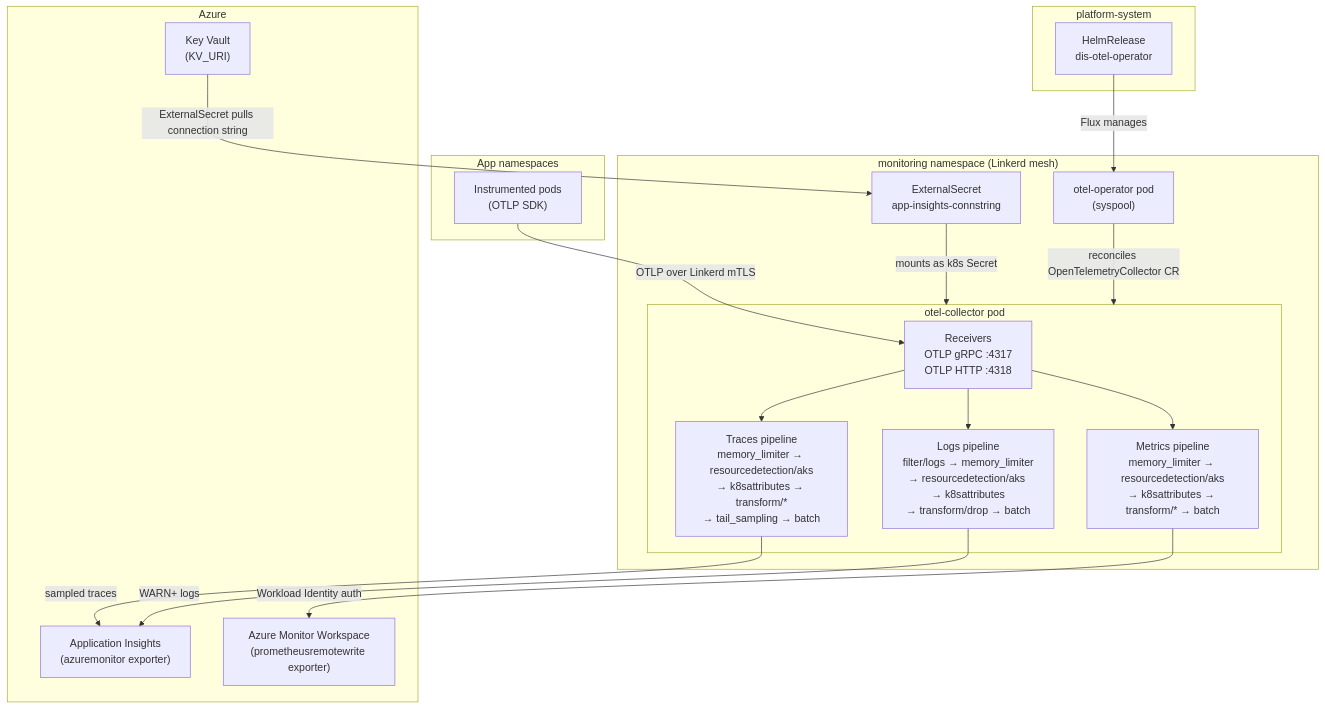
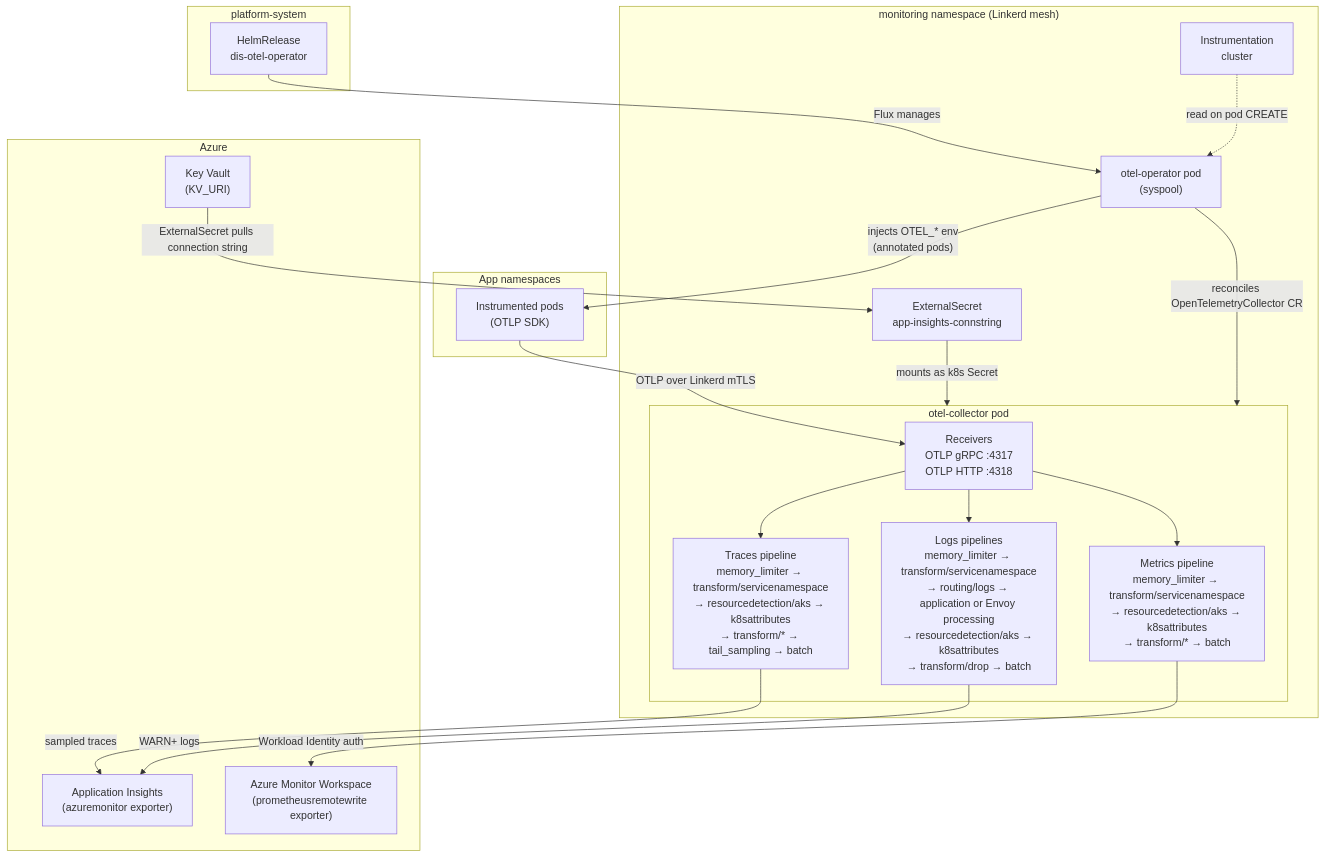
Before and after one commit to dis-way/gitops-manifests: the first of 2 diagrams in oci/otel-collector/README.md, drawn with Mermaid. The commit also changed other lines of this file and 10 other files, not shown here.

Commit message:
feat!: OTel SDK auto-instrumentation via operator annotations (#1664)

````diff
--- a/oci/otel-collector/README.md
+++ b/oci/otel-collector/README.md
@@ -7,37 +7,40 @@
 ```mermaid
 flowchart TB
     subgraph ps["platform-system"]
         hr["HelmRelease\ndis-otel-operator"]
     end
 
     subgraph mon["monitoring namespace (Linkerd mesh)"]
         op["otel-operator pod\n(syspool)"]
+        inst["Instrumentation\ncluster"]
         es["ExternalSecret\napp-insights-connstring"]
         subgraph col["otel-collector pod"]
             recv["Receivers\nOTLP gRPC :4317\nOTLP HTTP :4318"]
-            proc_t["Traces pipeline\nmemory_limiter → resourcedetection/aks\n→ k8sattributes → transform/*\n→ tail_sampling → batch"]
-            proc_l["Logs pipeline\nfilter/logs → memory_limiter\n→ resourcedetection/aks → k8sattributes\n→ transform/drop → batch"]
-            proc_m["Metrics pipeline\nmemory_limiter → resourcedetection/aks\n→ k8sattributes → transform/* → batch"]
+            proc_t["Traces pipeline\nmemory_limiter → transform/servicenamespace\n→ resourcedetection/aks → k8sattributes\n→ transform/* → tail_sampling → batch"]
+            proc_l["Logs pipelines\nmemory_limiter → transform/servicenamespace\n→ routing/logs → application or Envoy processing\n→ resourcedetection/aks → k8sattributes\n→ transform/drop → batch"]
+            proc_m["Metrics pipeline\nmemory_limiter → transform/servicenamespace\n→ resourcedetection/aks → k8sattributes\n→ transform/* → batch"]
         end
     end
 
     subgraph apps["App namespaces"]
         app["Instrumented pods\n(OTLP SDK)"]
     end
 
     subgraph azure["Azure"]
         kv["Key Vault\n(KV_URI)"]
         ai["Application Insights\n(azuremonitor exporter)"]
         amw["Azure Monitor Workspace\n(prometheusremotewrite exporter)"]
     end
 
     hr -->|"Flux manages"| op
     op -->|"reconciles OpenTelemetryCollector CR"| col
+    inst -.->|"read on pod CREATE"| op
+    op -->|"injects OTEL_* env\n(annotated pods)"| app
     kv -->|"ExternalSecret pulls connection string"| es
     es -->|"mounts as k8s Secret"| col
     app -->|"OTLP over Linkerd mTLS"| recv
     recv --> proc_t & proc_l & proc_m
     proc_t -->|"sampled traces"| ai
     proc_l -->|"WARN+ logs"| ai
     proc_m -->|"Workload Identity auth"| amw
 ```
````
